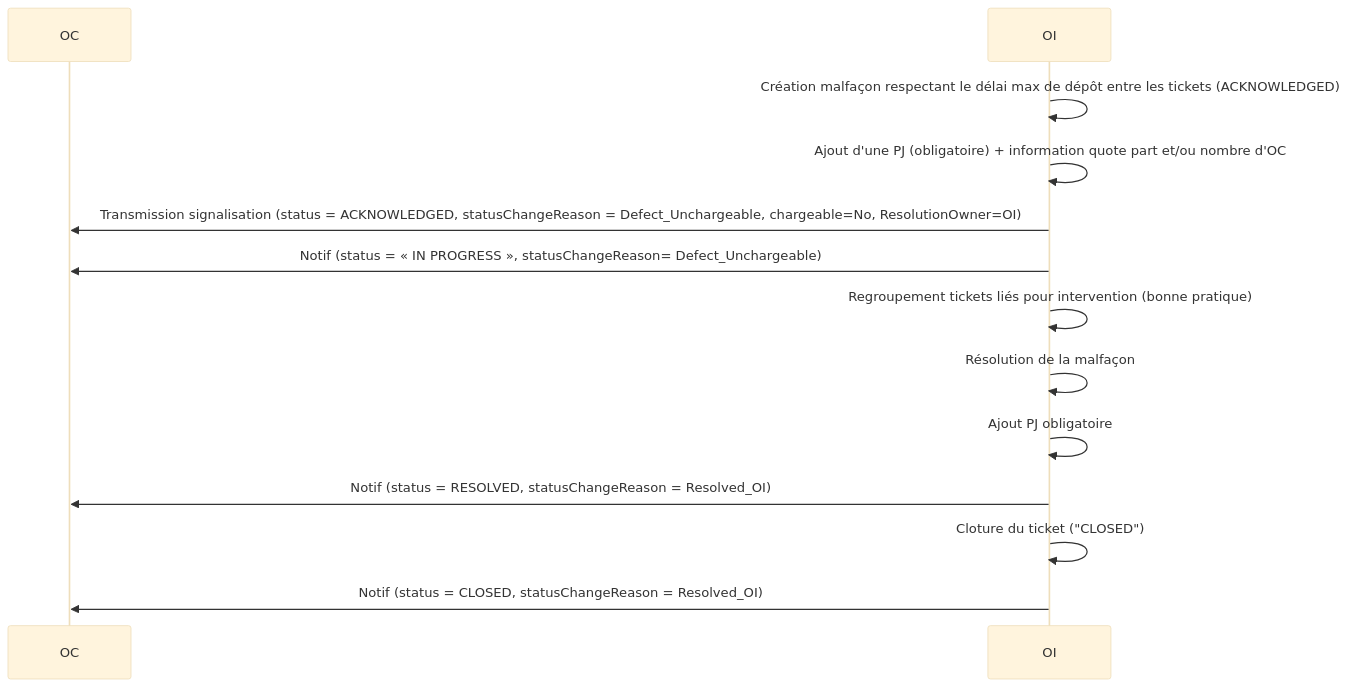
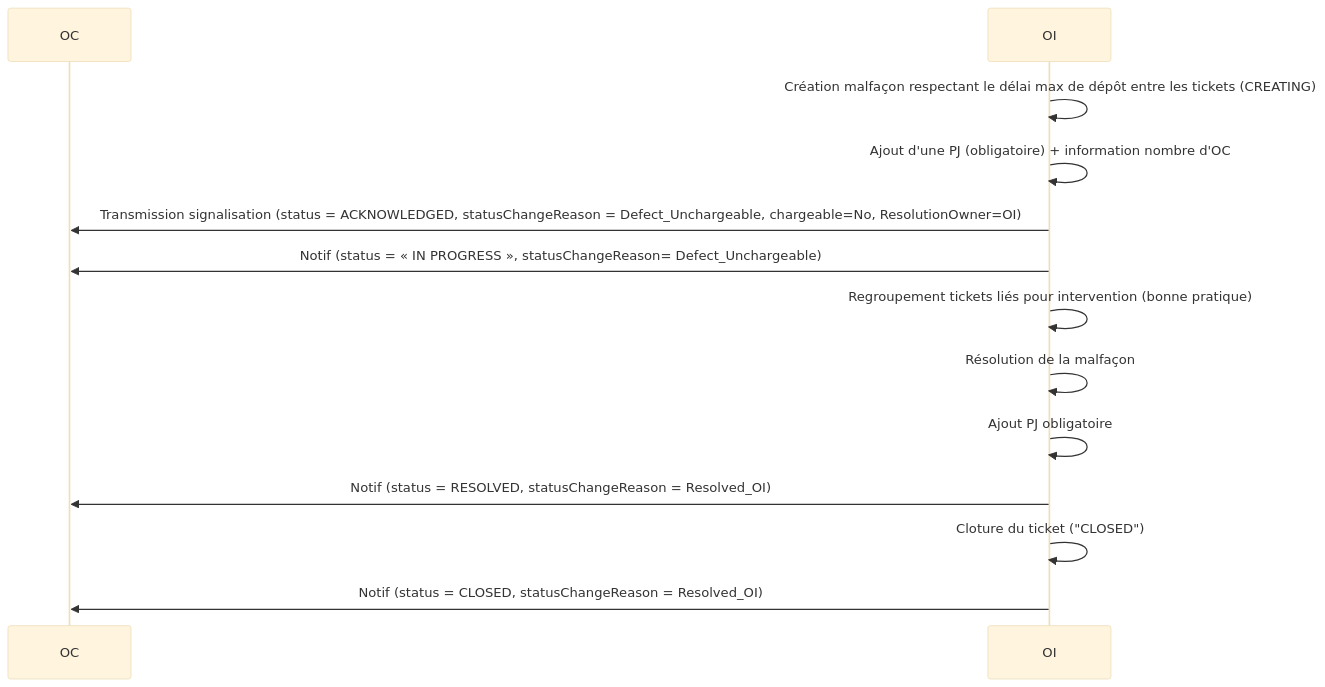
Before and after one commit to before-interop/malfacon: the third of 12 diagrams in README.md, drawn with Mermaid (base theme). The commit also changed other lines of this file and 3 other files, not shown here.

````diff
--- a/README.md
+++ b/README.md
@@ -321,17 +346,17 @@
 ```mermaid
 sequenceDiagram
 
   participant OC
   participant OI
 
-  OI->>OI: Création malfaçon respectant le délai max de dépôt entre les tickets (ACKNOWLEDGED)
-  OI->>OI: Ajout d'une PJ (obligatoire) + information quote part et/ou nombre d'OC
+  OI->>OI: Création malfaçon respectant le délai max de dépôt entre les tickets (CREATING)
+  OI->>OI: Ajout d'une PJ (obligatoire) + information nombre d'OC
   OI->>OC: Transmission signalisation (status = ACKNOWLEDGED, statusChangeReason = Defect_Unchargeable, chargeable=No, ResolutionOwner=OI)
   OI->>OC: Notif (status = « IN PROGRESS », statusChangeReason= Defect_Unchargeable)
   OI->>OI: Regroupement tickets liés pour intervention (bonne pratique)
   OI->>OI: Résolution de la malfaçon
   OI->>OI: Ajout PJ obligatoire
   OI->>OC: Notif (status = RESOLVED, statusChangeReason = Resolved_OI)
   OI->>OI: Cloture du ticket ("CLOSED")
   OI->>OC: Notif (status = CLOSED, statusChangeReason = Resolved_OI)
 ```
````
